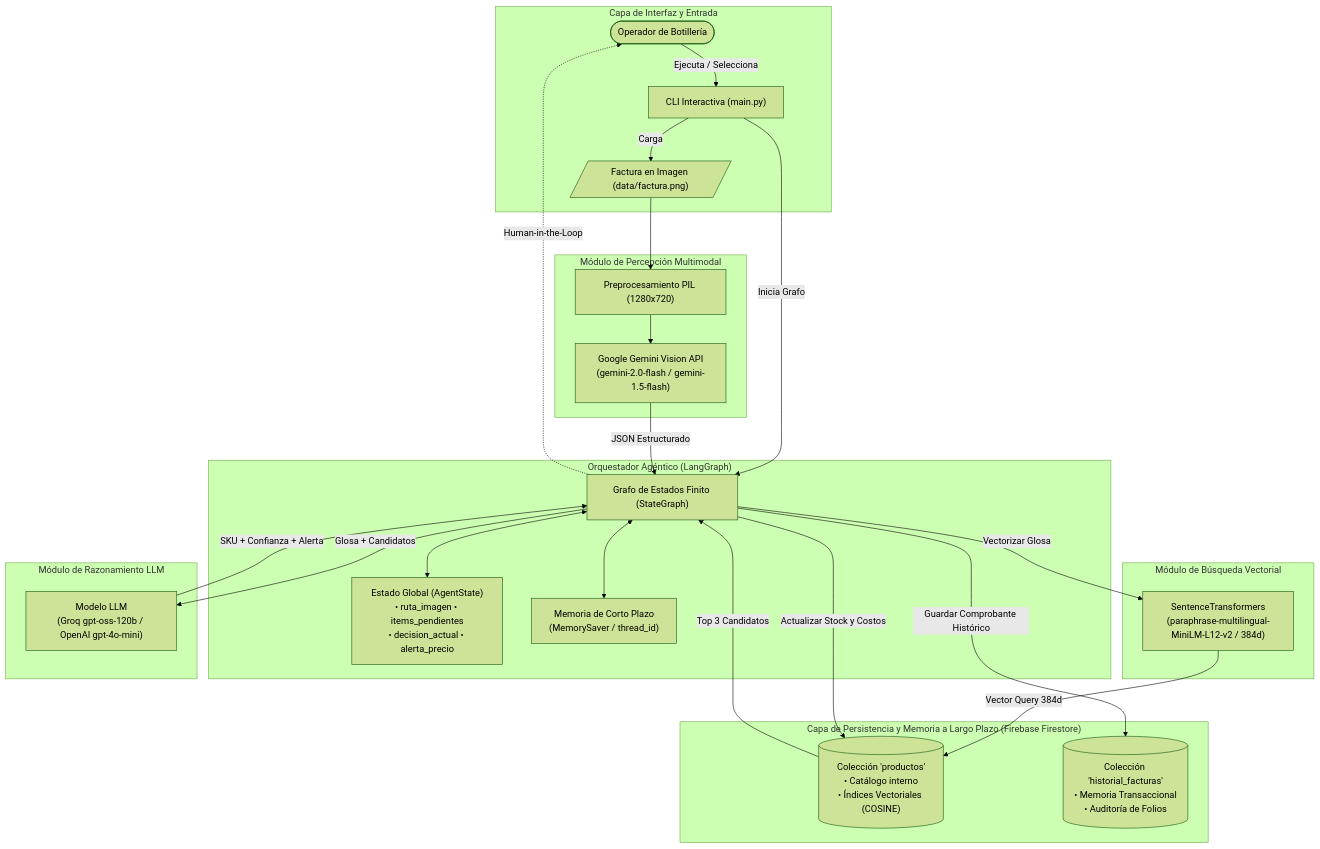
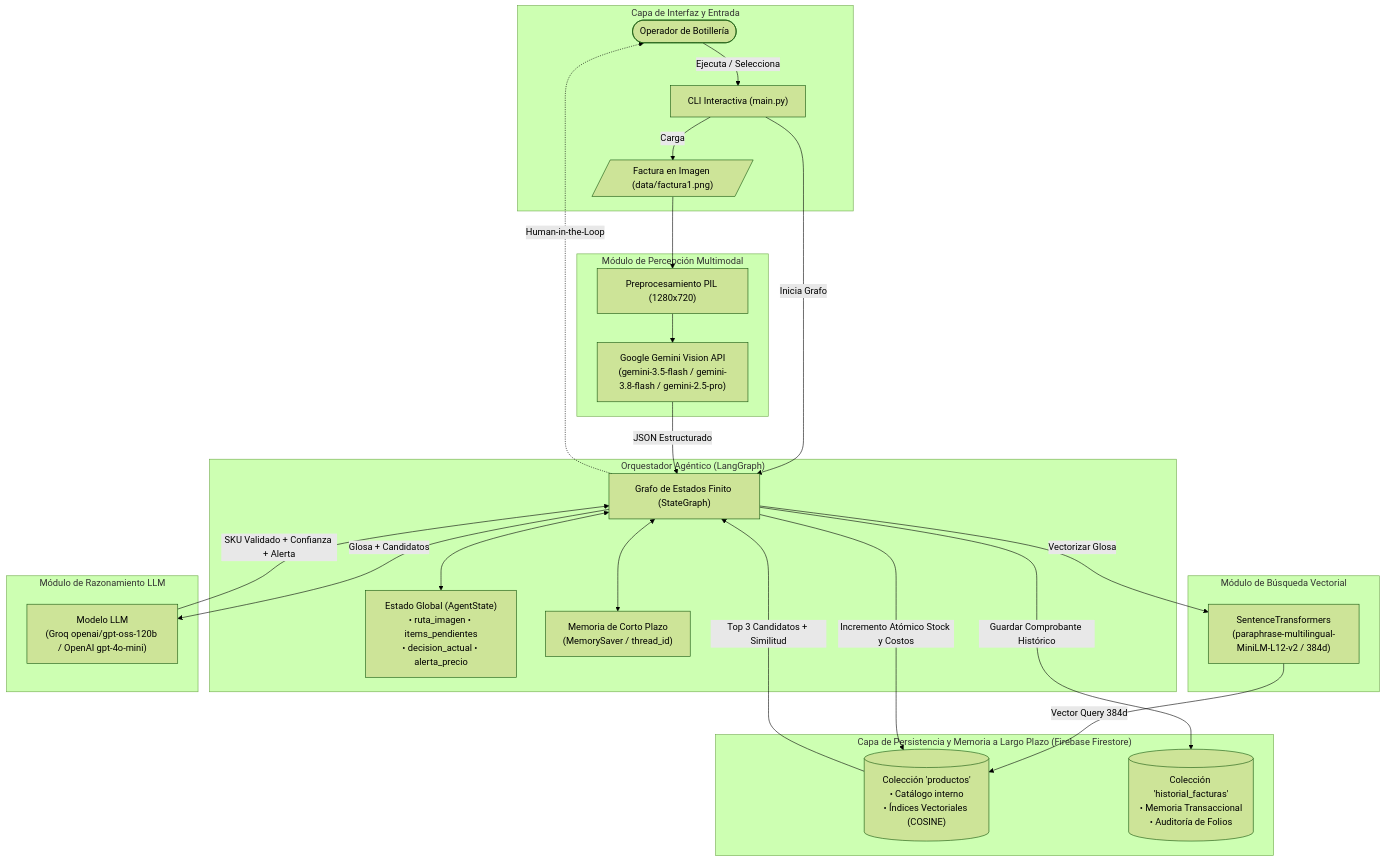
One commit to brayamandres/agente_facturas_botilleria_LangGraph changed the first of 2 diagrams in README.md. Above: the diagram before and after it, drawn with Mermaid (forest theme). The commit also changed other lines of this file and 6 other files, not shown here.

Commit message:
fix: robustecer validaciones del grafo, stock por unidades, duplicidad y actualizar README

````diff
--- a/README.md
+++ b/README.md
@@ -31,48 +19,48 @@
 ```mermaid
 flowchart TD
     subgraph UI ["Capa de Interfaz y Entrada"]
         Usuario([Operador de Botillería])
         CLI["CLI Interactiva (main.py)"]
-        FacturaImg[/"Factura en Imagen (data/factura.png)"/]
+        FacturaImg[/"Factura en Imagen (data/factura1.png)"/]
         Usuario -->|Ejecuta / Selecciona| CLI
         CLI -->|Carga| FacturaImg
     end
 
     subgraph AgentFramework ["Orquestador Agéntico (LangGraph)"]
         State["Estado Global (AgentState)\n• ruta_imagen • items_pendientes\n• decision_actual • alerta_precio"]
         GraphCore["Grafo de Estados Finito (StateGraph)"]
         Checkpointer["Memoria de Corto Plazo\n(MemorySaver / thread_id)"]
         GraphCore <--> State
         GraphCore <--> Checkpointer
     end
 
     subgraph PerceptionModule ["Módulo de Percepción Multimodal"]
-        GeminiClient["Google Gemini Vision API\n(gemini-2.0-flash / gemini-1.5-flash)"]
+        GeminiClient["Google Gemini Vision API\n(gemini-3.5-flash / gemini-3.8-flash / gemini-2.5-pro)"]
         Thumbnails["Preprocesamiento PIL (1280x720)"]
     end
 
     subgraph RetrievalModule ["Módulo de Búsqueda Vectorial"]
         Embeddings["SentenceTransformers\n(paraphrase-multilingual-MiniLM-L12-v2 / 384d)"]
     end
 
     subgraph ReasoningModule ["Módulo de Razonamiento LLM"]
-        LLM["Modelo LLM\n(Groq gpt-oss-120b / OpenAI gpt-4o-mini)"]
+        LLM["Modelo LLM\n(Groq openai/gpt-oss-120b / OpenAI gpt-4o-mini)"]
     end
 
     subgraph DatabaseLayer ["Capa de Persistencia y Memoria a Largo Plazo (Firebase Firestore)"]
         VectorDB[("Colección 'productos'\n• Catálogo interno\n• Índices Vectoriales (COSINE)")]
         AuditDB[("Colección 'historial_facturas'\n• Memoria Transaccional\n• Auditoría de Folios")]
     end
 
     CLI -->|Inicia Grafo| GraphCore
     FacturaImg --> Thumbnails --> GeminiClient
     GeminiClient -->|JSON Estructurado| GraphCore
     GraphCore -->|Vectorizar Glosa| Embeddings
     Embeddings -->|Vector Query 384d| VectorDB
-    VectorDB -->|Top 3 Candidatos| GraphCore
+    VectorDB -->|Top 3 Candidatos + Similitud| GraphCore
     GraphCore -->|Glosa + Candidatos| LLM
-    LLM -->|SKU + Confianza + Alerta| GraphCore
-    GraphCore -->|Actualizar Stock y Costos| VectorDB
+    LLM -->|SKU Validado + Confianza + Alerta| GraphCore
+    GraphCore -->|Incremento Atómico Stock y Costos| VectorDB
     GraphCore -->|Guardar Comprobante Histórico| AuditDB
     GraphCore -.->|Human-in-the-Loop| Usuario
 ```
````
